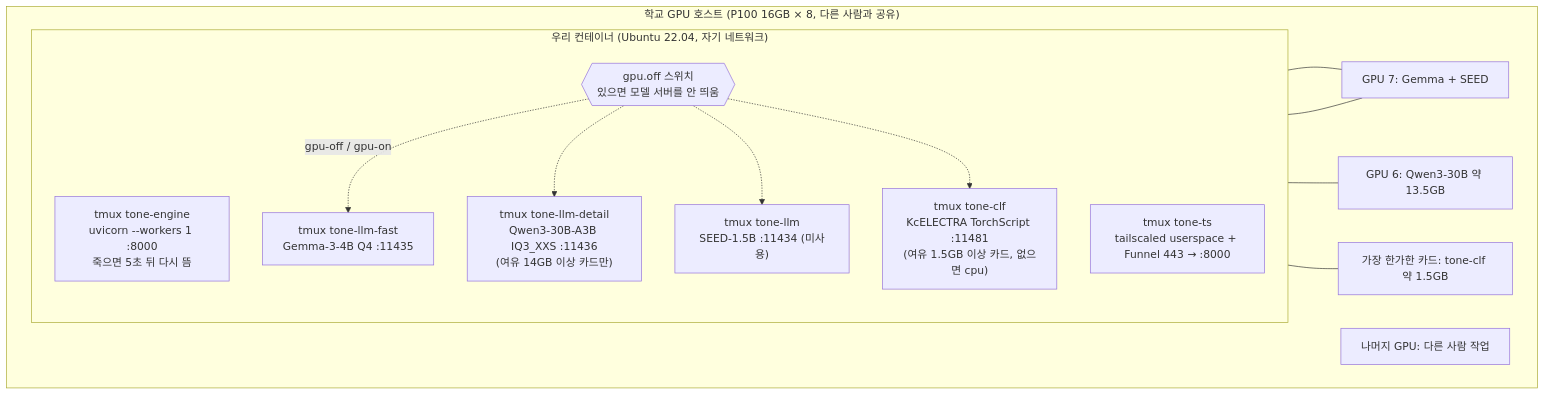
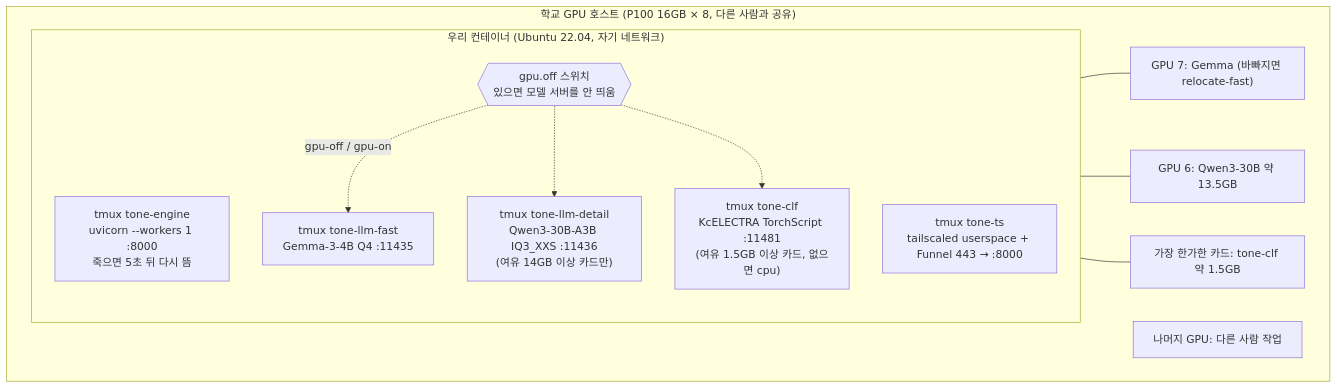
Before and after one commit to Daegyu519/Adventure_Design: the seventh of 8 diagrams in docs/architecture-diagrams.md, drawn with Mermaid. The commit also changed other lines of this file and 10 other files, not shown here.

Commit message:
P-28 fix round 1: health 캐시·클라이언트 닫기·tone-clf 재시작·127.0.0.1·전문가 마감 1.35초·SEED 중단·relocate-fast

````diff
--- a/docs/architecture-diagrams.md
+++ b/docs/architecture-diagrams.md
@@ -308,27 +307,24 @@
 ```mermaid
 flowchart TB
   subgraph Host["학교 GPU 호스트 (P100 16GB × 8, 다른 사람과 공유)"]
     subgraph C["우리 컨테이너 (Ubuntu 22.04, 자기 네트워크)"]
       direction TB
       T1["tmux tone-engine<br/>uvicorn --workers 1 :8000<br/>죽으면 5초 뒤 다시 뜸"]
       T2["tmux tone-ts<br/>tailscaled userspace + Funnel 443 → :8000"]
       T3["tmux tone-llm-fast<br/>Gemma-3-4B Q4 :11435"]
       T4["tmux tone-llm-detail<br/>Qwen3-30B-A3B IQ3_XXS :11436<br/>(여유 14GB 이상 카드만)"]
-      T5["tmux tone-llm<br/>SEED-1.5B :11434 (미사용)"]
       T6["tmux tone-clf<br/>KcELECTRA TorchScript :11481<br/>(여유 1.5GB 이상 카드, 없으면 cpu)"]
       SW{{"gpu.off 스위치<br/>있으면 모델 서버를 안 띄움"}}
     end
-    G7["GPU 7: Gemma + SEED"]
+    G7["GPU 7: Gemma (바빠지면 relocate-fast)"]
     G6["GPU 6: Qwen3-30B 약 13.5GB"]
     G2["가장 한가한 카드: tone-clf 약 1.5GB"]
     GX["나머지 GPU: 다른 사람 작업"]
   end
   T3 --- G7
-  T5 --- G7
   T4 --- G6
   T6 --- G2
   SW -. "gpu-off / gpu-on" .-> T3
   SW -.-> T4
-  SW -.-> T5
   SW -.-> T6
 ```
````
